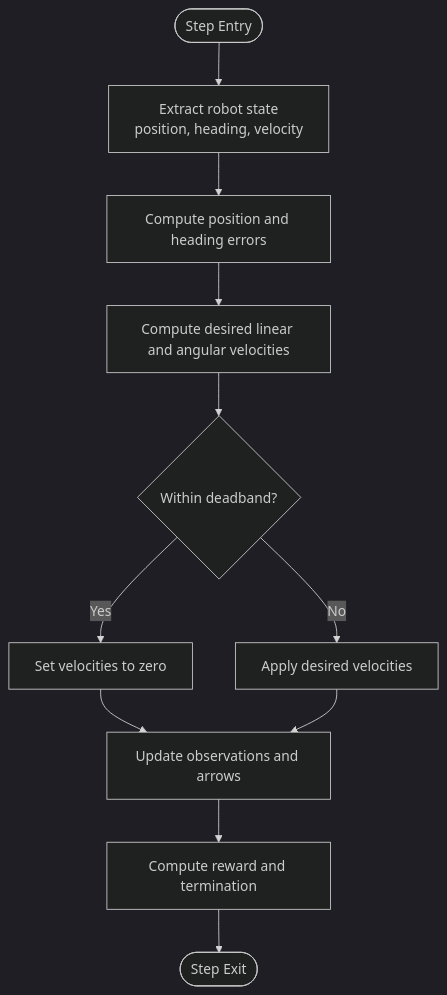
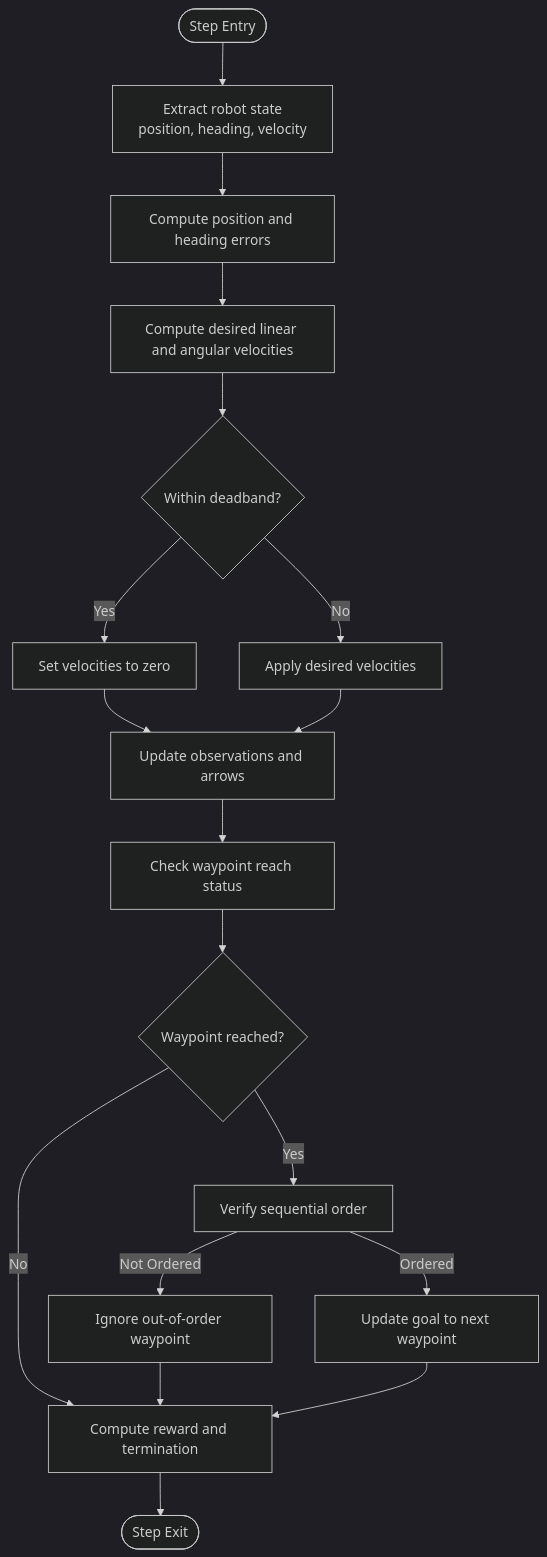
Before and after one commit to jayjayhust/MotrixLab: the sixth of 14 diagrams in .qoder/repowiki/en/content/Navigation Environments/Navigation Environments.md, drawn with Mermaid (dark theme). The commit also changed other lines of this file and 27 other files, not shown here.

````diff
--- a/.qoder/repowiki/en/content/Navigation Environments/Navigation Environments.md
+++ b/.qoder/repowiki/en/content/Navigation Environments/Navigation Environments.md
@@ -317,13 +383,20 @@
 ```mermaid
 flowchart TD
 Start(["Step Entry"]) --> Extract["Extract robot state<br/>position, heading, velocity"]
 Extract --> ComputeError["Compute position and heading errors"]
 ComputeError --> DesiredVel["Compute desired linear and angular velocities"]
 DesiredVel --> Deadband{"Within deadband?"}
 Deadband --> |Yes| ZeroCmd["Set velocities to zero"]
 Deadband --> |No| ApplyCmd["Apply desired velocities"]
 ZeroCmd --> UpdateObs["Update observations and arrows"]
 ApplyCmd --> UpdateObs
-UpdateObs --> ComputeReward["Compute reward and termination"]
+UpdateObs --> CheckWaypoints["Check waypoint reach status"]
+CheckWaypoints --> Reached{"Waypoint reached?"}
+Reached --> |Yes| CheckOrder["Verify sequential order"]
+CheckOrder --> |Ordered| NextGoal["Update goal to next waypoint"]
+Reached --> |No| ComputeReward["Compute reward and termination"]
+CheckOrder --> |Not Ordered| Ignore["Ignore out-of-order waypoint"]
+Ignore --> ComputeReward
+NextGoal --> ComputeReward
 ComputeReward --> End(["Step Exit"])
 ```
````
